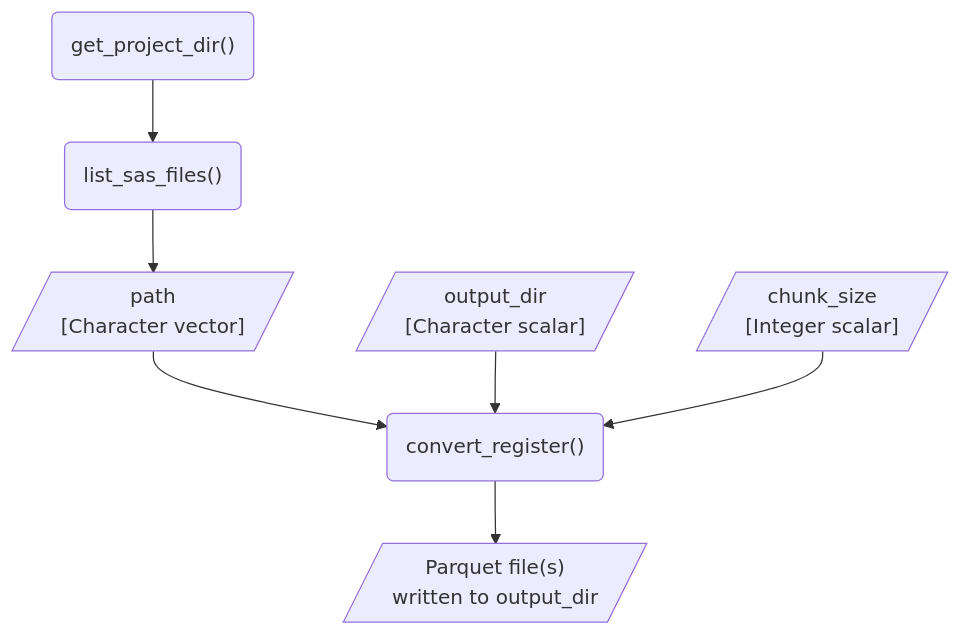
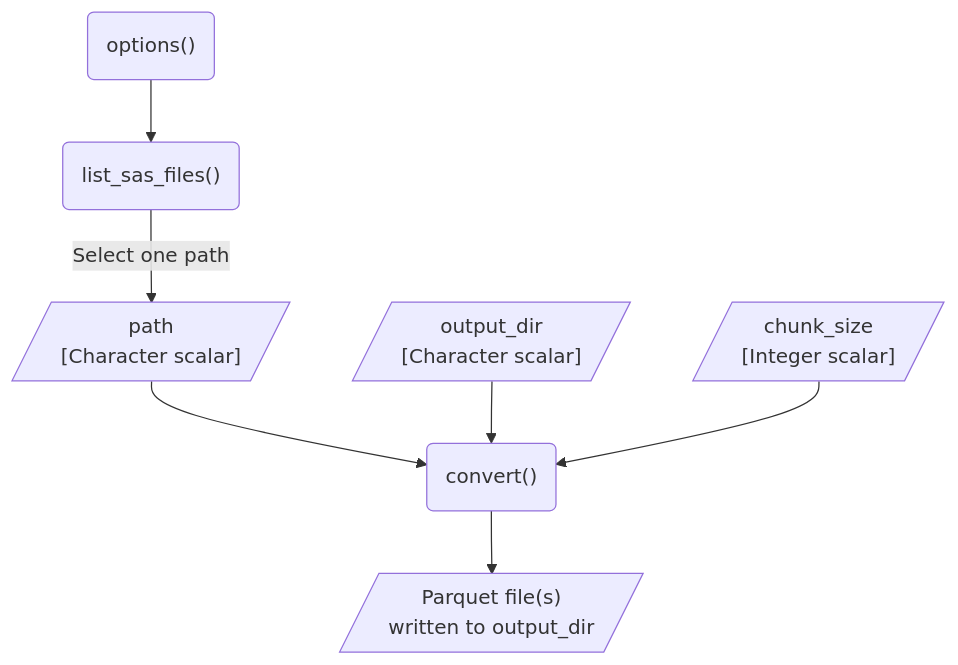
One commit to dp-next/registers2parquet changed the first of 3 diagrams in vignettes/design.qmd. Above: the diagram before and after it, drawn with Mermaid. The commit also changed other lines of this file, not shown here.

Commit message:
docs: :pencil2: fixes from review

````diff
--- a/vignettes/design.qmd
+++ b/vignettes/design.qmd
@@ -90,18 +90,18 @@
 ```{mermaid}
 %%| label: fig-flow
-%%| fig-cap: "Expected workflow for converting SAS files from a single register using `convert_register()`."
-%%| fig-alt: "A flowchart showing the expected flow of converting register SAS files to Parquet files."
+%%| fig-cap: "Expected workflow for converting one SAS file from a single register using `convert()`."
+%%| fig-alt: "A flowchart showing the expected flow of converting one SAS file to a Parquet file."
 flowchart TD
-    get_project_dir("get_project_dir()")
+    opts_project_dir("options()")
     list_sas_files("list_sas_files()")
-    path[/"path<br>[Character vector]"/]
+    path[/"path<br>[Character scalar]"/]
     output_dir[/"output_dir<br>[Character scalar]"/]
     chunk_size[/"chunk_size<br>[Integer scalar]"/]
-    convert_register("convert_register()")
+    convert("convert()")
     output[/"Parquet file(s)<br>written to output_dir"/]
 
     %% Edges
-    get_project_dir --> list_sas_files --> path --> convert_register
-    output_dir & chunk_size --> convert_register
-    convert_register --> output
+    opts_project_dir --> list_sas_files -->|Select one path| path --> convert
+    output_dir & chunk_size --> convert
+    convert --> output
 ```
````
